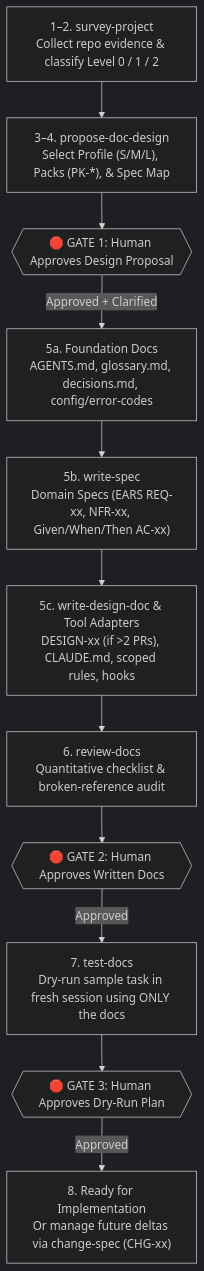
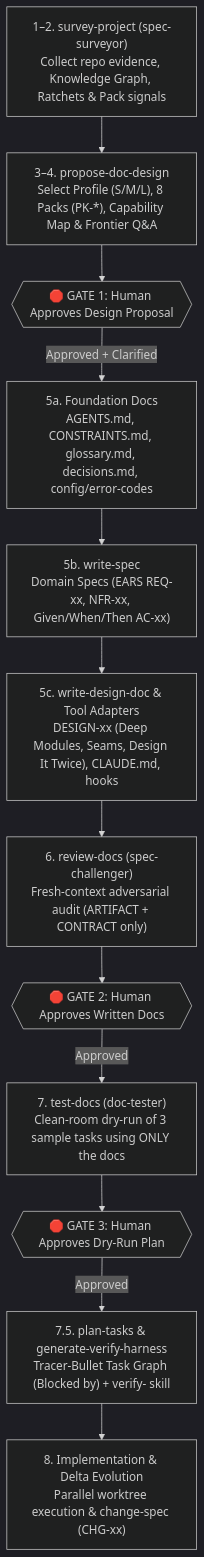
Before and after one commit to huongmh14/writing-spec-for-ai: the diagram in README.md, drawn with Mermaid (dark theme). The commit also changed other lines of this file and 31 other files, not shown here.

Commit message:
feat(v1.2.0): add Core C23-C27, 5 domain packs (PK-DB/OBS/FE/JOB/AGENT), 2 sub-skills (plan-tasks, generate-verify-harness), 3 subagents, and CONSTRAINTS.md template

````diff
--- a/README.md
+++ b/README.md
@@ -183,13 +180,14 @@
 ```mermaid
 flowchart TD
-    S1["1–2. survey-project<br/>Collect repo evidence & classify Level 0 / 1 / 2"] --> S3["3–4. propose-doc-design<br/>Select Profile (S/M/L), Packs (PK-*), & Spec Map"]
+    S1["1–2. survey-project (spec-surveyor)<br/>Collect repo evidence, Knowledge Graph, Ratchets & Pack signals"] --> S3["3–4. propose-doc-design<br/>Select Profile (S/M/L), 8 Packs (PK-*), Capability Map & Frontier Q&A"]
     S3 --> G1{{"🛑 GATE 1: Human Approves Design Proposal"}}
-    G1 -->|Approved + Clarified| S5A["5a. Foundation Docs<br/>AGENTS.md, glossary.md, decisions.md, config/error-codes"]
+    G1 -->|Approved + Clarified| S5A["5a. Foundation Docs<br/>AGENTS.md, CONSTRAINTS.md, glossary.md, decisions.md, config/error-codes"]
     S5A --> S5B["5b. write-spec<br/>Domain Specs (EARS REQ-xx, NFR-xx, Given/When/Then AC-xx)"]
-    S5B --> S5C["5c. write-design-doc & Tool Adapters<br/>DESIGN-xx (if >2 PRs), CLAUDE.md, scoped rules, hooks"]
-    S5C --> S6["6. review-docs<br/>Quantitative checklist & broken-reference audit"]
+    S5B --> S5C["5c. write-design-doc & Tool Adapters<br/>DESIGN-xx (Deep Modules, Seams, Design It Twice), CLAUDE.md, hooks"]
+    S5C --> S6["6. review-docs (spec-challenger)<br/>Fresh-context adversarial audit (ARTIFACT + CONTRACT only)"]
     S6 --> G2{{"🛑 GATE 2: Human Approves Written Docs"}}
-    G2 -->|Approved| S7["7. test-docs<br/>Dry-run sample task in fresh session using ONLY the docs"]
+    G2 -->|Approved| S7["7. test-docs (doc-tester)<br/>Clean-room dry-run of 3 sample tasks using ONLY the docs"]
     S7 --> G3{{"🛑 GATE 3: Human Approves Dry-Run Plan"}}
-    G3 -->|Approved| S8["8. Ready for Implementation<br/>Or manage future deltas via change-spec (CHG-xx)"]
+    G3 -->|Approved| S75["7.5. plan-tasks & generate-verify-harness<br/>Tracer-Bullet Task Graph (Blocked by) + verify-<app> skill"]
+    S75 --> S8["8. Implementation & Delta Evolution<br/>Parallel worktree execution & change-spec (CHG-xx)"]
 ```
````
